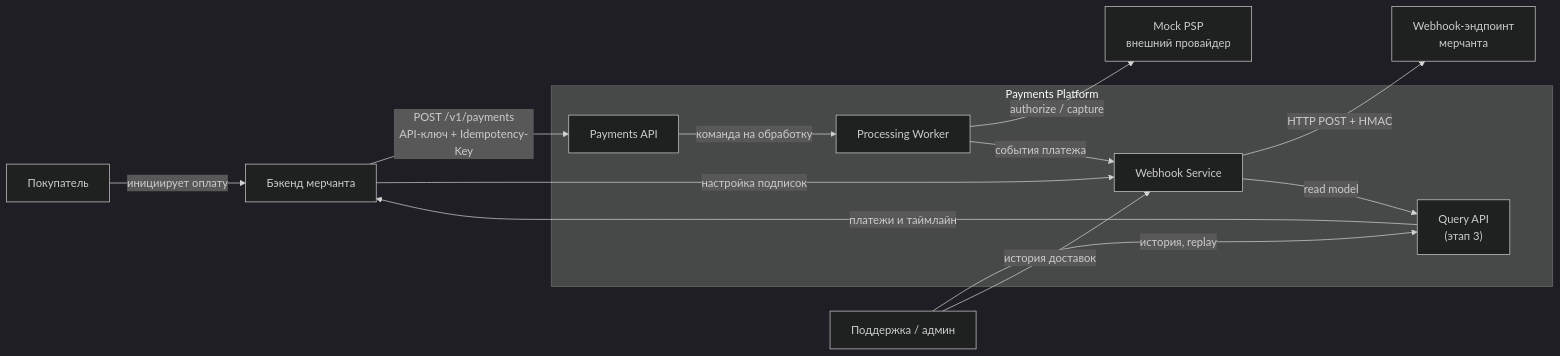
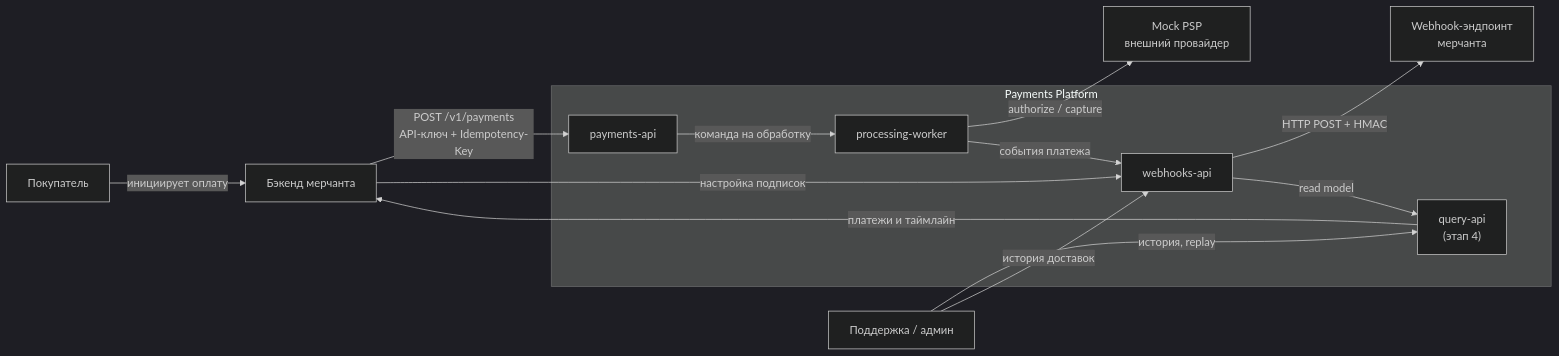
The first of 9 diagrams in README.md (MCtop4ik/PaymentTransactions), drawn with Mermaid (dark theme) before and after one commit. The commit also changed other lines of this file, not shown here.

````diff
--- a/README.md
+++ b/README.md
@@ -158,28 +156,28 @@
 ```mermaid
 flowchart LR
     merchant["Бэкенд мерчанта"]
     customer["Покупатель"]
     support["Поддержка / админ"]
     psp["Mock PSP<br/>внешний провайдер"]
     hook["Webhook-эндпоинт<br/>мерчанта"]
 
     subgraph platform["Payments Platform"]
-        api["Payments API"]
-        worker["Processing Worker"]
-        wh["Webhook Service"]
-        q["Query API<br/>(этап 3)"]
+        api["payments-api"]
+        worker["processing-worker"]
+        wh["webhooks-api"]
+        q["query-api<br/>(этап 4)"]
     end
 
     customer -->|"инициирует оплату"| merchant
     merchant -->|"POST /v1/payments<br/>API-ключ + Idempotency-Key"| api
     merchant -->|"настройка подписок"| wh
     support -->|"история, replay"| q
     support -->|"история доставок"| wh
 
     api -->|"команда на обработку"| worker
     worker -->|"authorize / capture"| psp
     worker -->|"события платежа"| wh
     wh -->|"HTTP POST + HMAC"| hook
     wh -->|"read model"| q
     q -->|"платежи и таймлайн"| merchant
 ```
````
